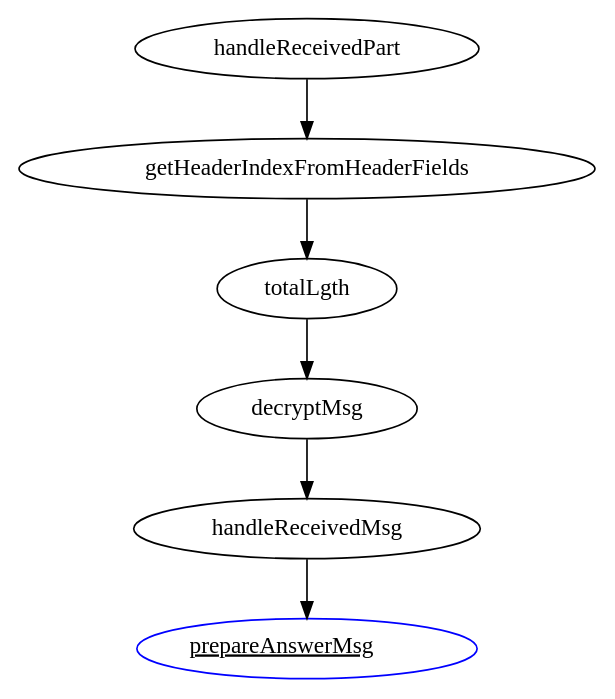
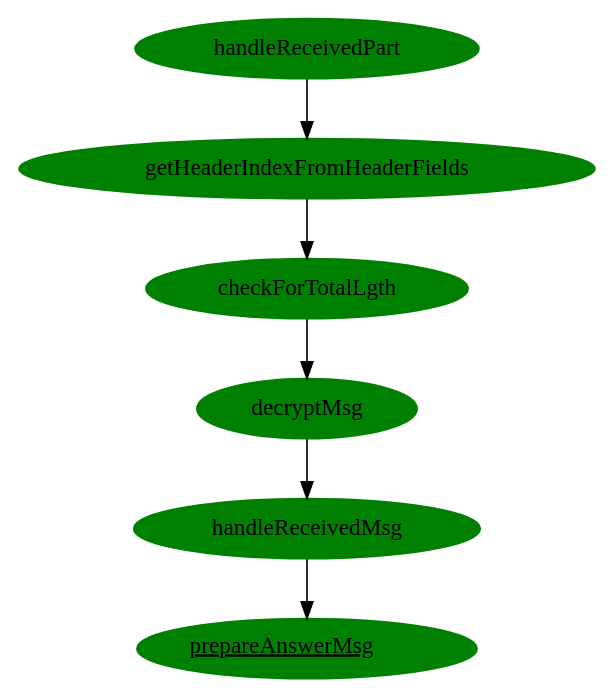
The diagram in dot_files/handleReceivedPart.dot (apwiede/nodemcu), drawn with Graphviz before and after one commit. The commit also changed 6 other files, not shown here.

```diff
--- a/dot_files/handleReceivedPart.dot
+++ b/dot_files/handleReceivedPart.dot
@@ -1,8 +1,13 @@
 digraph G3 {
+  handleReceivedPart[style="filled", color="green"];
+  getHeaderIndexFromHeaderFields[style="filled", color="green"];
   handleReceivedPart -> getHeaderIndexFromHeaderFields;
-  getHeaderIndexFromHeaderFields -> totalLgth;
-  totalLgth -> decryptMsg;
+  getHeaderIndexFromHeaderFields -> checkForTotalLgth;
+  checkForTotalLgth[style="filled", color="green"];
+  checkForTotalLgth -> decryptMsg;
+  decryptMsg[style="filled", color="green"];
   decryptMsg -> handleReceivedMsg;
+  handleReceivedMsg[style="filled", color="green"];
   handleReceivedMsg -> prepareAnswerMsg;
-  prepareAnswerMsg[label=<<u>prepareAnswerMsg</u>> URL="\ref prepareAnswerMsg" color="blue"];
+  prepareAnswerMsg[style="filled", color="green", label=<<u>prepareAnswerMsg</u>> URL="\ref prepareAnswerMsg"];
 }  
```
